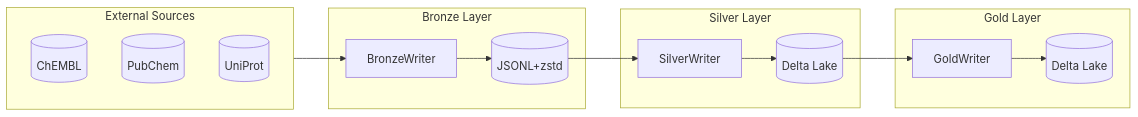
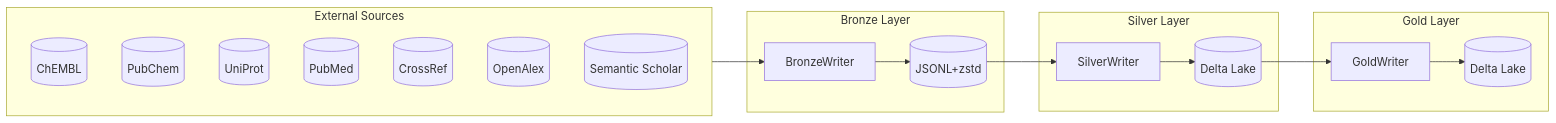
Before and after one commit to SatoryKono/BioactivityDataAcquisition: the sixth of 9 diagrams in docs/02-architecture/diagrams.md, drawn with Mermaid. The commit also changed other lines of this file and 1005 other files, not shown here.

First line of the commit message:
perf: optimize PubMed transformer with cleaner extraction logic

````diff
--- a/docs/02-architecture/diagrams.md
+++ b/docs/02-architecture/diagrams.md
@@ -198,27 +202,31 @@
 ```mermaid
 flowchart LR
     subgraph Sources["External Sources"]
         ChEMBL[(ChEMBL)]
         PubChem[(PubChem)]
         UniProt[(UniProt)]
+        PubMed[(PubMed)]
+        CrossRef[(CrossRef)]
+        OpenAlex[(OpenAlex)]
+        S2[(Semantic Scholar)]
     end
 
     subgraph Bronze["Bronze Layer"]
         BW[BronzeWriter]
         BD[("JSONL+zstd")]
     end
 
     subgraph Silver["Silver Layer"]
         DW[SilverWriter]
         SD[("Delta Lake")]
     end
 
     subgraph Gold["Gold Layer"]
         GW[GoldWriter]
         GD[("Delta Lake")]
     end
 
     Sources --> BW --> BD
     BD --> DW --> SD
     SD --> GW --> GD
 ```
````
